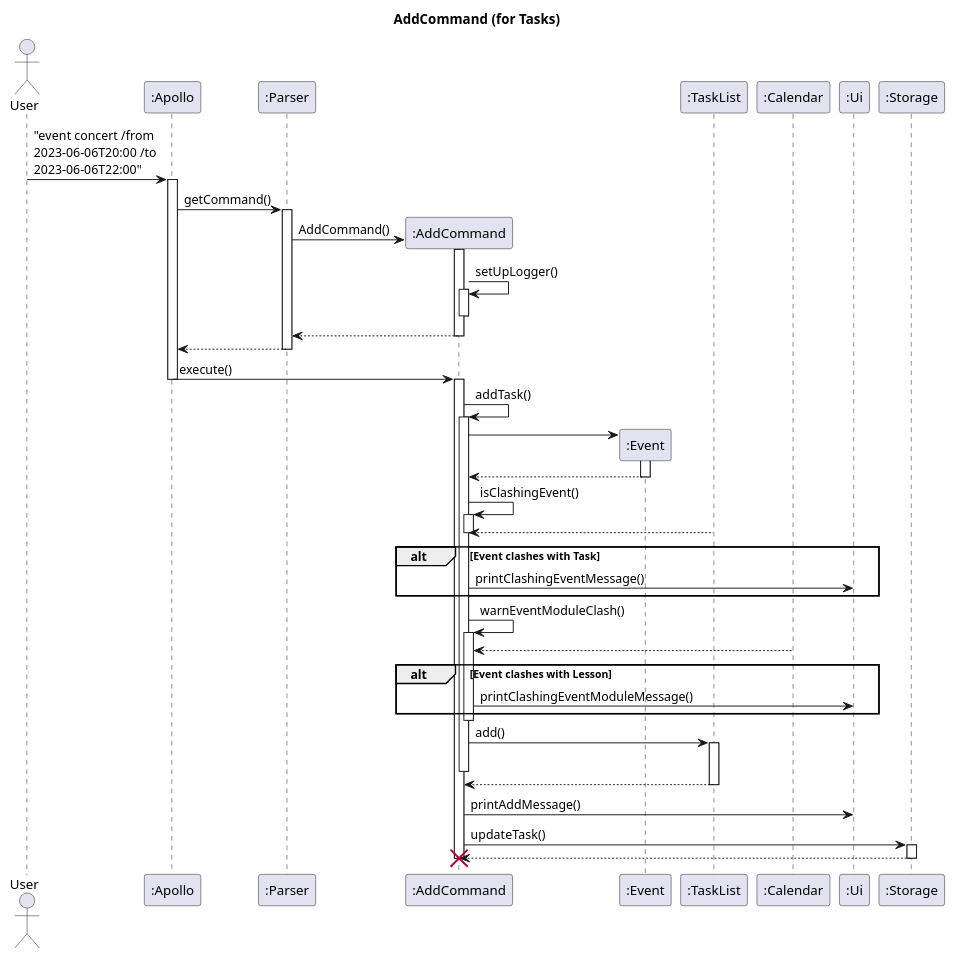
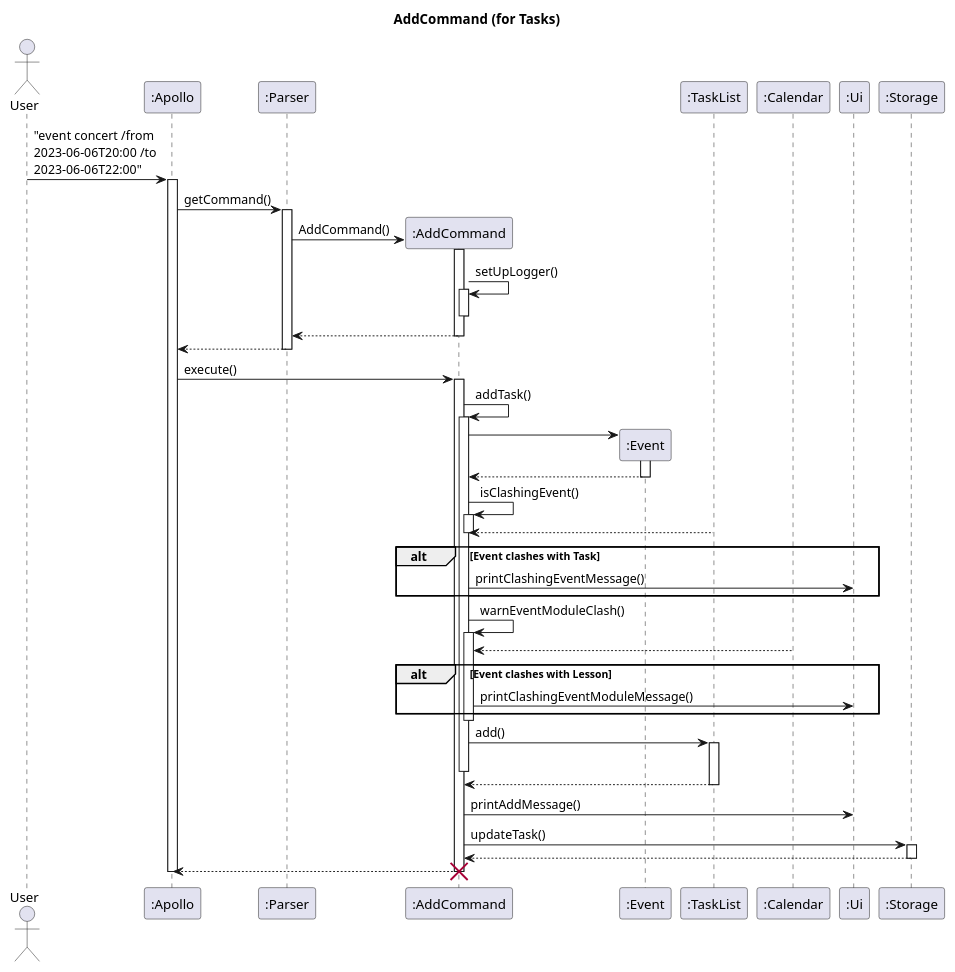
The diagram in docs/uml-source/AddCommand.puml (nus-cs2113-AY2223S2/tp), drawn with PlantUML before and after one commit. The commit also changed 3 other files, not shown here.

Commit message:
Fix Week and AddCommand diagrams (return execute)

```diff
--- a/docs/uml-source/AddCommand.puml
+++ b/docs/uml-source/AddCommand.puml
@@ -1,57 +1,57 @@
 @startuml
 'https://plantuml.com/sequence-diagram
 
 skinparam maxMessageSize 150
 
 title AddCommand (for Tasks)
 
 actor User
 participant ":Apollo" as Apollo
 participant ":Parser" as Parser
 participant ":AddCommand" as add
 participant ":Event" as Event
 participant ":TaskList" as TaskList
 participant ":Calendar" as Calendar
 participant ":Ui" as Ui
 participant ":Storage" as Storage
 
 User -> Apollo : "event concert /from 2023-06-06T20:00 /to 2023-06-06T22:00"
 activate Apollo
 Apollo -> Parser : getCommand()
 activate Parser
 Parser -> add** : AddCommand()
 add++
 add -> add ++ : setUpLogger()
 add--
 return
 return
 
 Apollo -> add : execute()
-Apollo --
 activate add
 add -> add++ : addTask()
 add -> Event**
 Event++
 return
 add -> add++ : isClashingEvent()
 TaskList --> add
 add--
 alt Event clashes with Task
 add -> Ui : printClashingEventMessage()
 end
 add -> add++ : warnEventModuleClash()
 Calendar --> add
 alt Event clashes with Lesson
 add -> Ui : printClashingEventModuleMessage()
 end
 add--
 add -> TaskList++ : add()
 add--
 add <-- TaskList--
 
 add -> Ui : printAddMessage()
 add -> Storage ++ : updateTask()
 return
-
+return
 destroy add
+Apollo--
 @enduml
```
